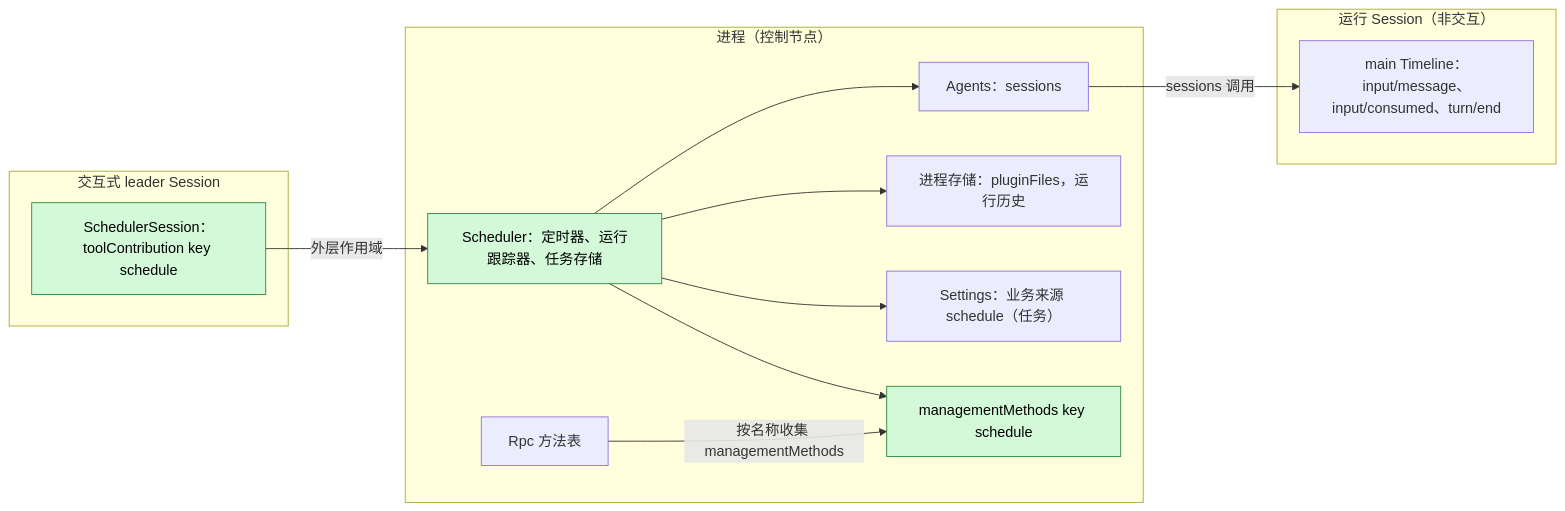
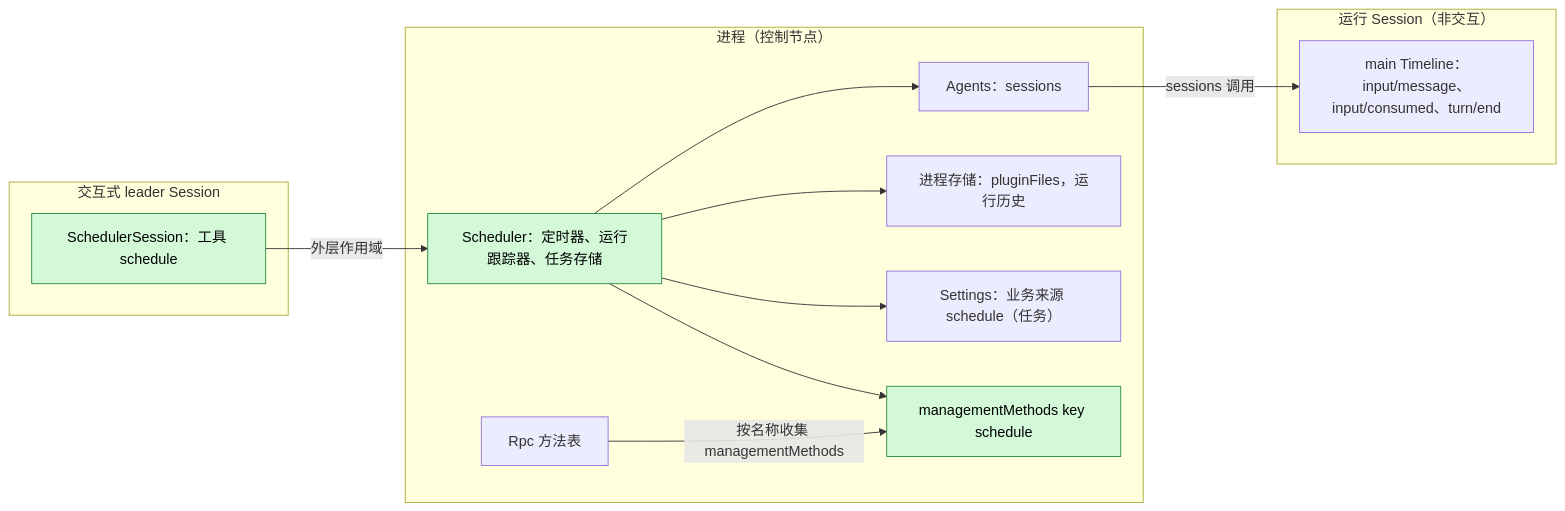
Before and after one commit to CoutinhoTTS/dim-agent: the first of 6 diagrams in docs/zh/design/plugins/Scheduler.md, drawn with Mermaid. The commit also changed other lines of this file and 101 other files, not shown here.

````diff
--- a/docs/zh/design/plugins/Scheduler.md
+++ b/docs/zh/design/plugins/Scheduler.md
@@ -15,26 +15,26 @@
 ```mermaid
 flowchart LR
   subgraph PROC["进程（控制节点）"]
     Sched["Scheduler：定时器、运行跟踪器、任务存储"]
     MM["managementMethods key schedule"]
     Agents["Agents：sessions"]
     Rpc["Rpc 方法表"]
     Store["进程存储：pluginFiles，运行历史"]
     Set["Settings：业务来源 schedule（任务）"]
   end
   subgraph SESS["交互式 leader Session"]
-    Tool["SchedulerSession：toolContribution key schedule"]
+    Tool["SchedulerSession：工具 schedule"]
   end
   subgraph RUN["运行 Session（非交互）"]
     TL["main Timeline：input/message、input/consumed、turn/end"]
   end
   Tool -->|"外层作用域"| Sched
   Sched --> Agents
   Sched --> Store
   Sched --> Set
   Sched --> MM
   Rpc -->|"按名称收集 managementMethods"| MM
   Agents -->|"sessions 调用"| TL
   classDef new fill:#d3f9d8,stroke:#2b8a3e,color:#000
   class Sched,MM,Tool new
 ```
````
